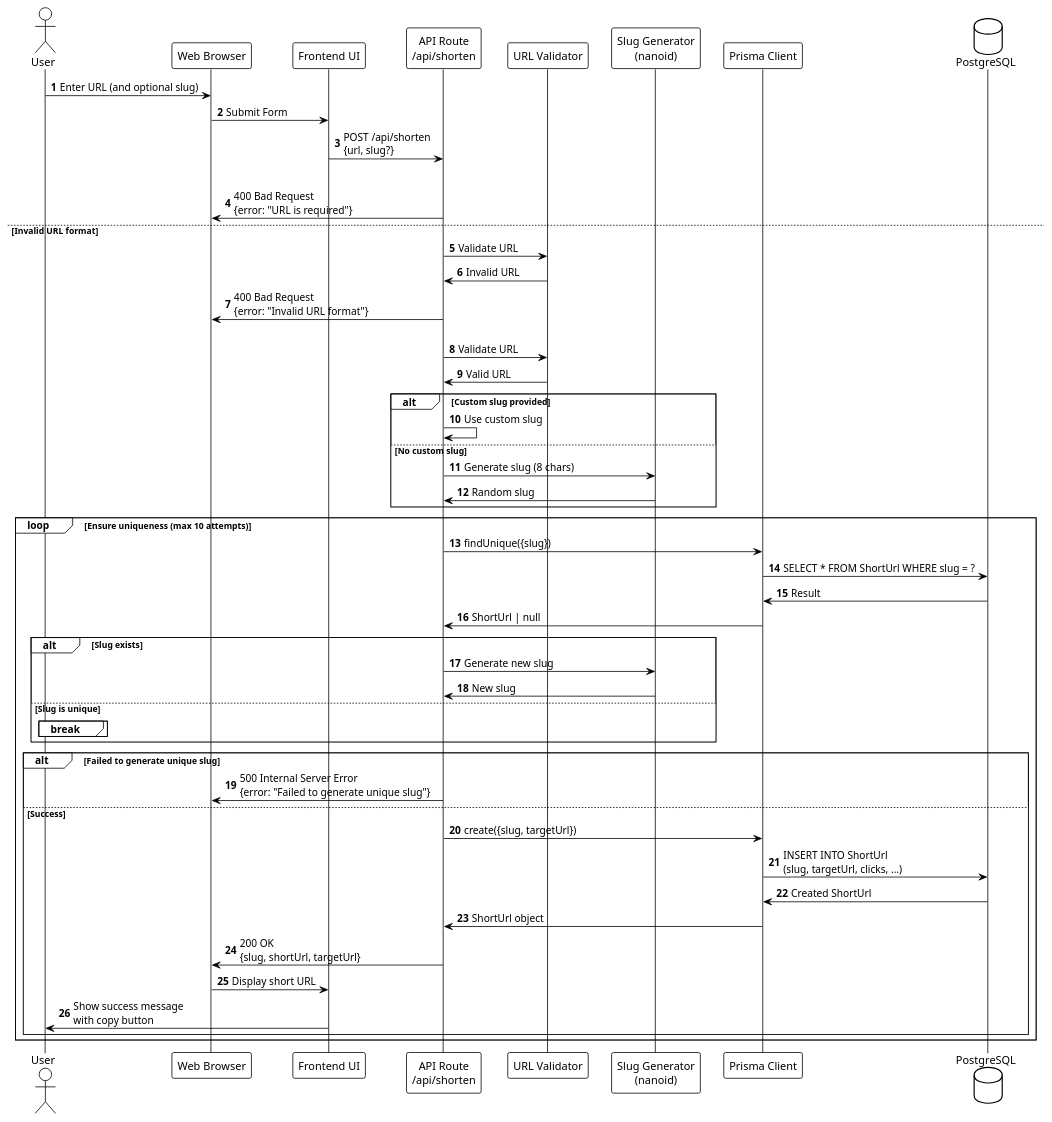
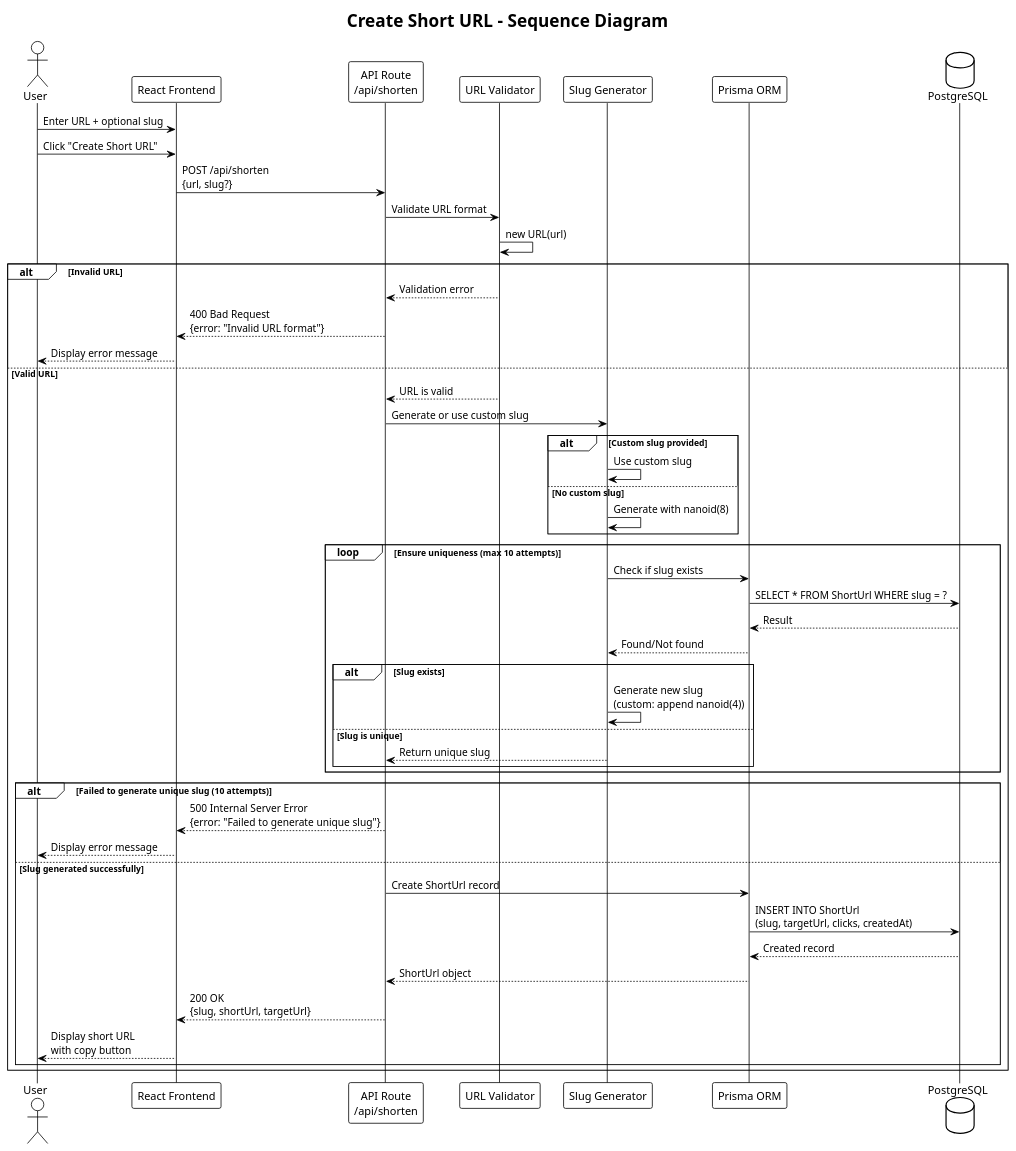
Before and after one commit to nicholasohjj/url-shortener: the diagram in diagrams/url-shortener/create-url-sequence.puml, drawn with PlantUML. The commit also changed 12 other files, not shown here.

```diff
--- a/diagrams/url-shortener/create-url-sequence.puml
+++ b/diagrams/url-shortener/create-url-sequence.puml
@@ -1,64 +1,63 @@
-@startuml URL Shortener - Create Short URL Sequence
+@startuml URL Shortener - Create URL Sequence
 
 !theme plain
-autonumber
+
+title Create Short URL - Sequence Diagram
 
 actor User
-participant "Web Browser" as Browser
-participant "Frontend UI" as Frontend
+participant "React Frontend" as Frontend
 participant "API Route\n/api/shorten" as API
 participant "URL Validator" as Validator
-participant "Slug Generator\n(nanoid)" as SlugGen
-participant "Prisma Client" as Prisma
+participant "Slug Generator" as SlugGen
+participant "Prisma ORM" as Prisma
 database "PostgreSQL" as DB
 
-User -> Browser: Enter URL (and optional slug)
-Browser -> Frontend: Submit Form
+User -> Frontend: Enter URL + optional slug
+User -> Frontend: Click "Create Short URL"
+
 Frontend -> API: POST /api/shorten\n{url, slug?}
 
-alt URL not provided
-  API -> Browser: 400 Bad Request\n{error: "URL is required"}
-else Invalid URL format
-  API -> Validator: Validate URL
-  Validator -> API: Invalid URL
-  API -> Browser: 400 Bad Request\n{error: "Invalid URL format"}
-else Valid request
-  API -> Validator: Validate URL
-  Validator -> API: Valid URL
-  
-  alt Custom slug provided
-    API -> API: Use custom slug
-  else No custom slug
-    API -> SlugGen: Generate slug (8 chars)
-    SlugGen -> API: Random slug
-  end
-  
-  loop Ensure uniqueness (max 10 attempts)
-    API -> Prisma: findUnique({slug})
-    Prisma -> DB: SELECT * FROM ShortUrl WHERE slug = ?
-    DB -> Prisma: Result
-    Prisma -> API: ShortUrl | null
+API -> Validator: Validate URL format
+Validator -> Validator: new URL(url)
+alt Invalid URL
+    Validator --> API: Validation error
+    API --> Frontend: 400 Bad Request\n{error: "Invalid URL format"}
+    Frontend --> User: Display error message
+else Valid URL
+    Validator --> API: URL is valid
     
-    alt Slug exists
-      API -> SlugGen: Generate new slug
-      SlugGen -> API: New slug
-    else Slug is unique
-      break
+    API -> SlugGen: Generate or use custom slug
+    alt Custom slug provided
+        SlugGen -> SlugGen: Use custom slug
+    else No custom slug
+        SlugGen -> SlugGen: Generate with nanoid(8)
     end
-  end
-  
-  alt Failed to generate unique slug
-    API -> Browser: 500 Internal Server Error\n{error: "Failed to generate unique slug"}
-  else Success
-    API -> Prisma: create({slug, targetUrl})
-    Prisma -> DB: INSERT INTO ShortUrl\n(slug, targetUrl, clicks, ...)
-    DB -> Prisma: Created ShortUrl
-    Prisma -> API: ShortUrl object
     
-    API -> Browser: 200 OK\n{slug, shortUrl, targetUrl}
-    Browser -> Frontend: Display short URL
-    Frontend -> User: Show success message\nwith copy button
-  end
+    loop Ensure uniqueness (max 10 attempts)
+        SlugGen -> Prisma: Check if slug exists
+        Prisma -> DB: SELECT * FROM ShortUrl WHERE slug = ?
+        DB --> Prisma: Result
+        Prisma --> SlugGen: Found/Not found
+        
+        alt Slug exists
+            SlugGen -> SlugGen: Generate new slug\n(custom: append nanoid(4))
+        else Slug is unique
+            SlugGen --> API: Return unique slug
+        end
+    end
+    
+    alt Failed to generate unique slug (10 attempts)
+        API --> Frontend: 500 Internal Server Error\n{error: "Failed to generate unique slug"}
+        Frontend --> User: Display error message
+    else Slug generated successfully
+        API -> Prisma: Create ShortUrl record
+        Prisma -> DB: INSERT INTO ShortUrl\n(slug, targetUrl, clicks, createdAt)
+        DB --> Prisma: Created record
+        Prisma --> API: ShortUrl object
+        
+        API --> Frontend: 200 OK\n{slug, shortUrl, targetUrl}
+        Frontend --> User: Display short URL\nwith copy button
+    end
 end
 
 @enduml
```
